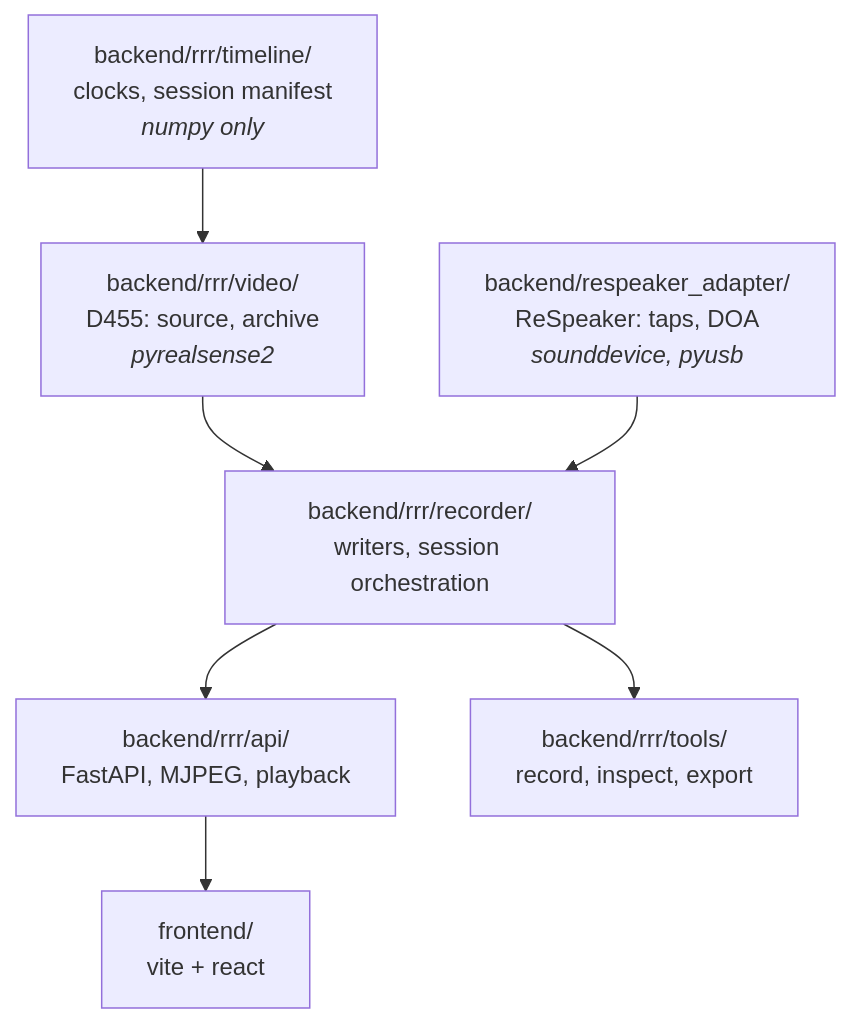
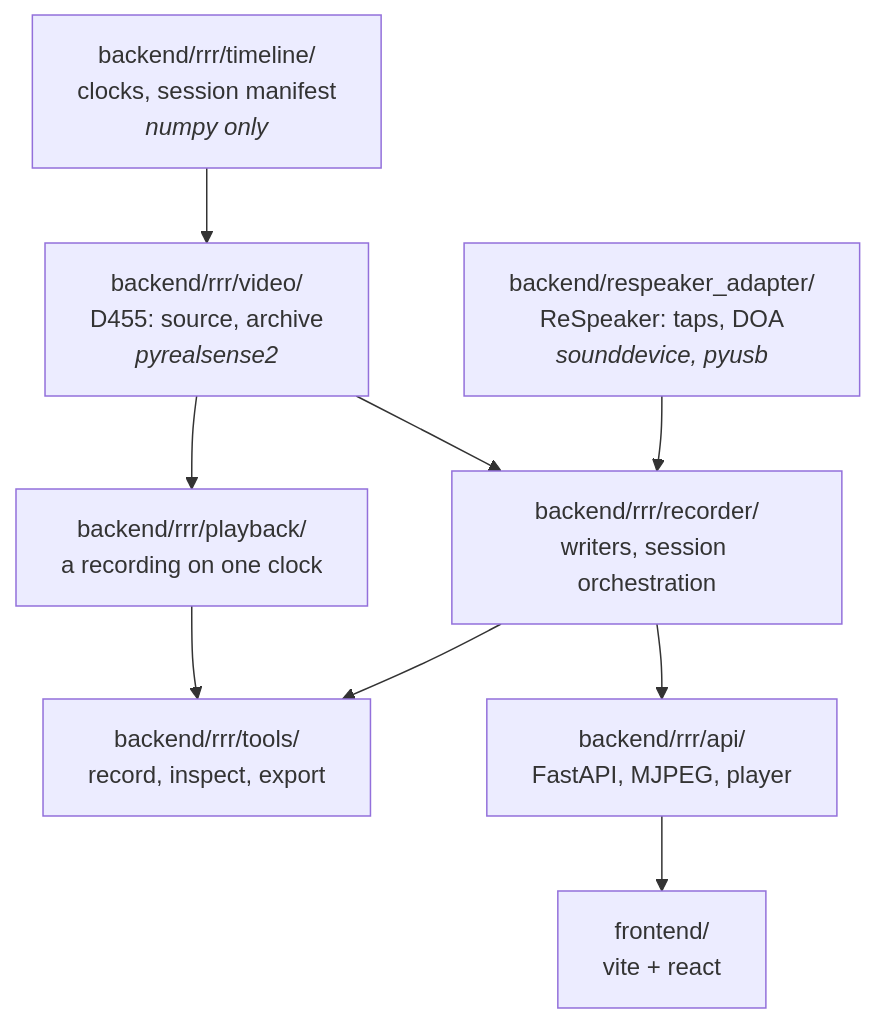
One commit to tkanek0/rererecorder changed the first of 2 diagrams in docs/design.md. Above: the diagram before and after it, drawn with Mermaid. The commit also changed 11 other files, not shown here.

Commit message:
Add rrr.playback for reading a session on one clock

````diff
--- a/docs/design.md
+++ b/docs/design.md
@@ -33,16 +33,19 @@
 ```mermaid
 flowchart TD
     T["backend/rrr/timeline/<br/>clocks, session manifest<br/><i>numpy only</i>"]
     V["backend/rrr/video/<br/>D455: source, archive<br/><i>pyrealsense2</i>"]
     A["backend/respeaker_adapter/<br/>ReSpeaker: taps, DOA<br/><i>sounddevice, pyusb</i>"]
     R["backend/rrr/recorder/<br/>writers, session orchestration"]
-    S["backend/rrr/api/<br/>FastAPI, MJPEG, playback"]
+    S["backend/rrr/api/<br/>FastAPI, MJPEG, player"]
+    P["backend/rrr/playback/<br/>a recording on one clock"]
     C["backend/rrr/tools/<br/>record, inspect, export"]
     W["frontend/<br/>vite + react"]
     T --> V
     V --> R
     A --> R
     R --> S
     R --> C
+    V --> P
+    P --> C
     S --> W
 ```
````
